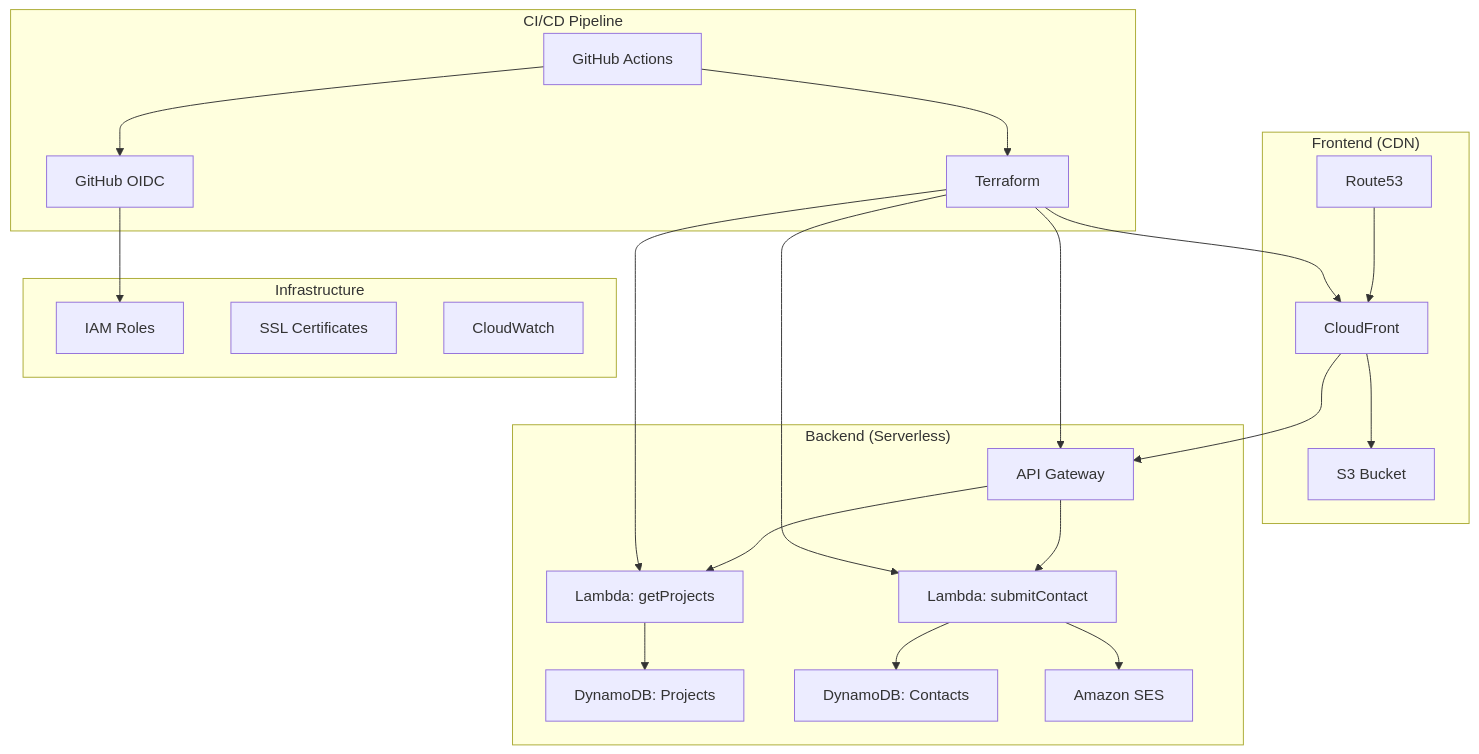
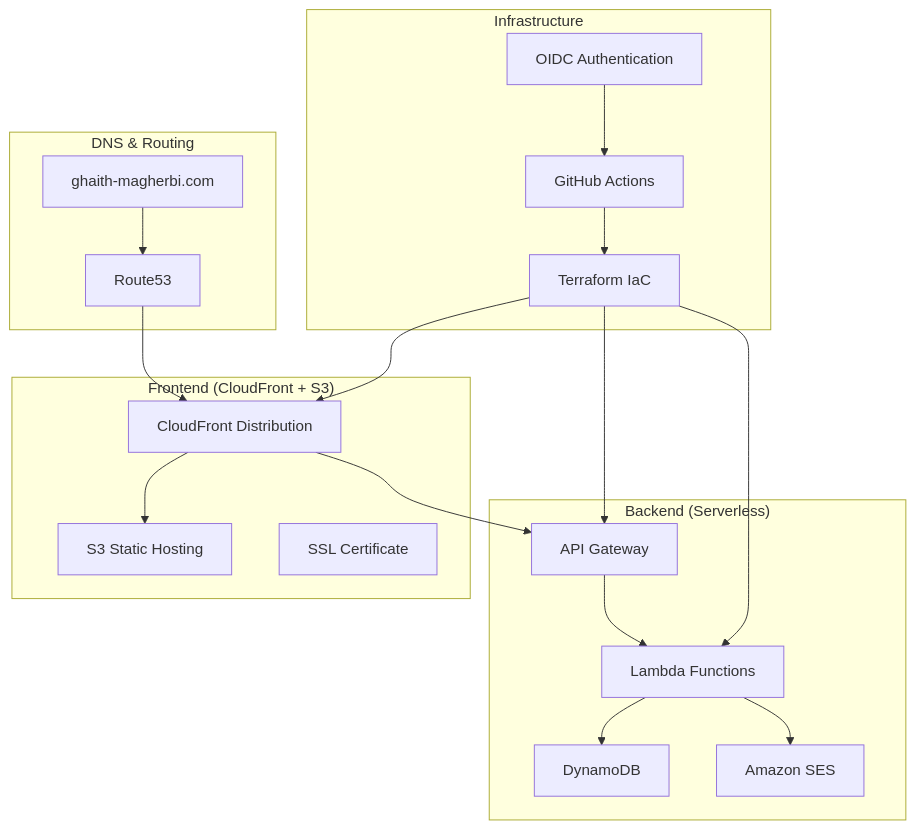
The diagram in README.md (MGhaith/my-Portfolio), drawn with Mermaid before and after one commit. The commit also changed other lines of this file and 3 other files, not shown here.

````diff
--- a/README.md
+++ b/README.md
@@ -20,46 +12,40 @@
 ```mermaid
 graph TB
-    subgraph "Frontend (CDN)"
-        CF[CloudFront]
-        S3[S3 Bucket]
-        R53[Route53]
+    subgraph "Frontend (CloudFront + S3)"
+        CF[CloudFront Distribution]
+        S3[S3 Static Hosting]
+        ACM[SSL Certificate]
     end
     
     subgraph "Backend (Serverless)"
         APIGW[API Gateway]
-        L1[Lambda: getProjects]
-        L2[Lambda: submitContact]
-        DDB1[DynamoDB: Projects]
-        DDB2[DynamoDB: Contacts]
+        LAMBDA[Lambda Functions]
+        DDB[DynamoDB]
         SES[Amazon SES]
     end
     
-    subgraph "CI/CD Pipeline"
+    subgraph "Infrastructure"
+        TF[Terraform IaC]
         GHA[GitHub Actions]
-        TF[Terraform]
-        OIDC[GitHub OIDC]
+        OIDC[OIDC Authentication]
     end
     
-    subgraph "Infrastructure"
-        IAM[IAM Roles]
-        ACM[SSL Certificates]
-        CW[CloudWatch]
+    subgraph "DNS & Routing"
+        R53[Route53]
+        DOMAIN[ghaith-magherbi.com]
     end
     
+    DOMAIN --> R53
     R53 --> CF
     CF --> S3
     CF --> APIGW
-    APIGW --> L1
-    APIGW --> L2
-    L1 --> DDB1
-    L2 --> DDB2
-    L2 --> SES
+    APIGW --> LAMBDA
+    LAMBDA --> DDB
+    LAMBDA --> SES
     
-    GHA --> OIDC
-    OIDC --> IAM
-    GHA --> TF
     TF --> CF
     TF --> APIGW
-    TF --> L1
-    TF --> L2
+    TF --> LAMBDA
+    GHA --> TF
+    OIDC --> GHA
 ```
````
